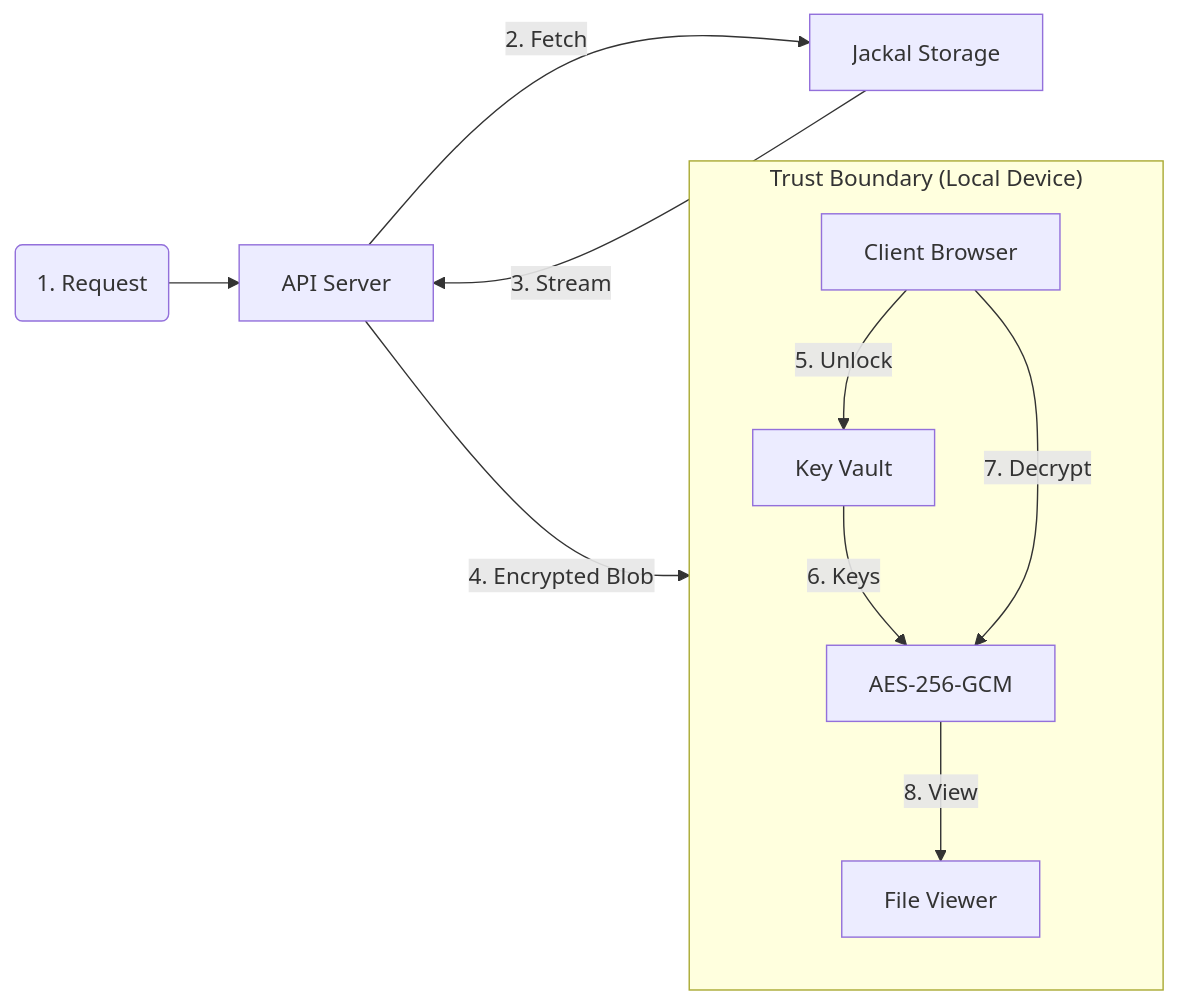
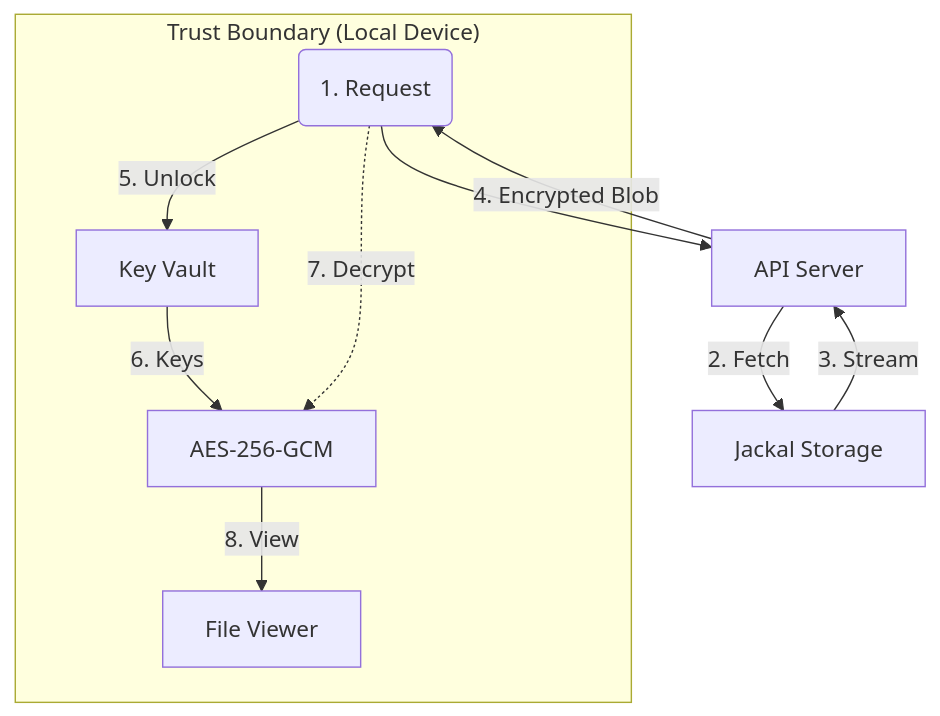
One commit to jtoba66/Lazybird-Nest changed the second of 2 diagrams in README.md. Above: the diagram before and after it, drawn with Mermaid.

Commit message:
Docs: Switch to vertical graph to fix UI obstruction

````diff
--- a/README.md
+++ b/README.md
@@ -44,15 +44,14 @@
 ```mermaid
-graph LR
+graph TD
     User(1. Request) --> Server[API Server]
     Server -->|2. Fetch| Jackal[Jackal Storage]
     Jackal -->|3. Stream| Server
-    Server -->|4. Encrypted Blob| Client[Client Browser]
+    Server -->|4. Encrypted Blob| User
 
     subgraph "Trust Boundary (Local Device)"
-        direction TB
-        Client -->|5. Unlock| Vault[Key Vault]
+        User -->|5. Unlock| Vault[Key Vault]
         Vault -->|6. Keys| Decrypt[AES-256-GCM]
-        Client -->|7. Decrypt| Decrypt
+        User -.->|7. Decrypt| Decrypt
         Decrypt -->|8. View| Viewer[File Viewer]
     end
 ```
````
